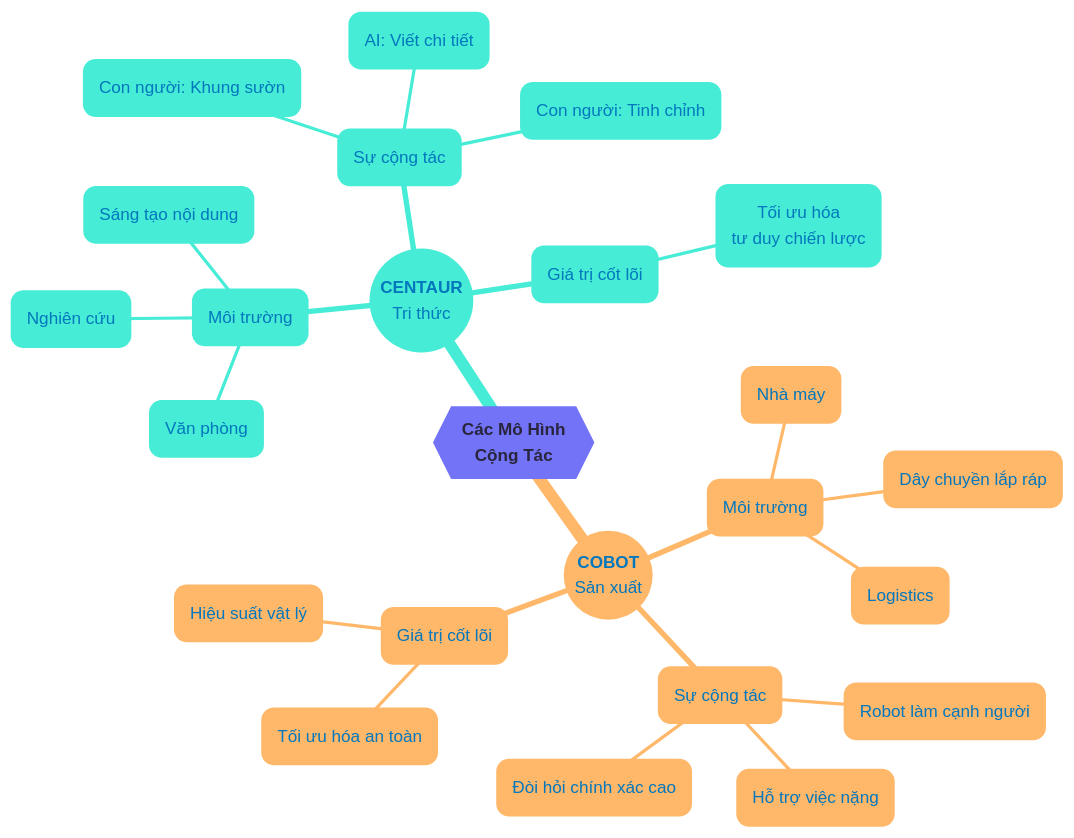
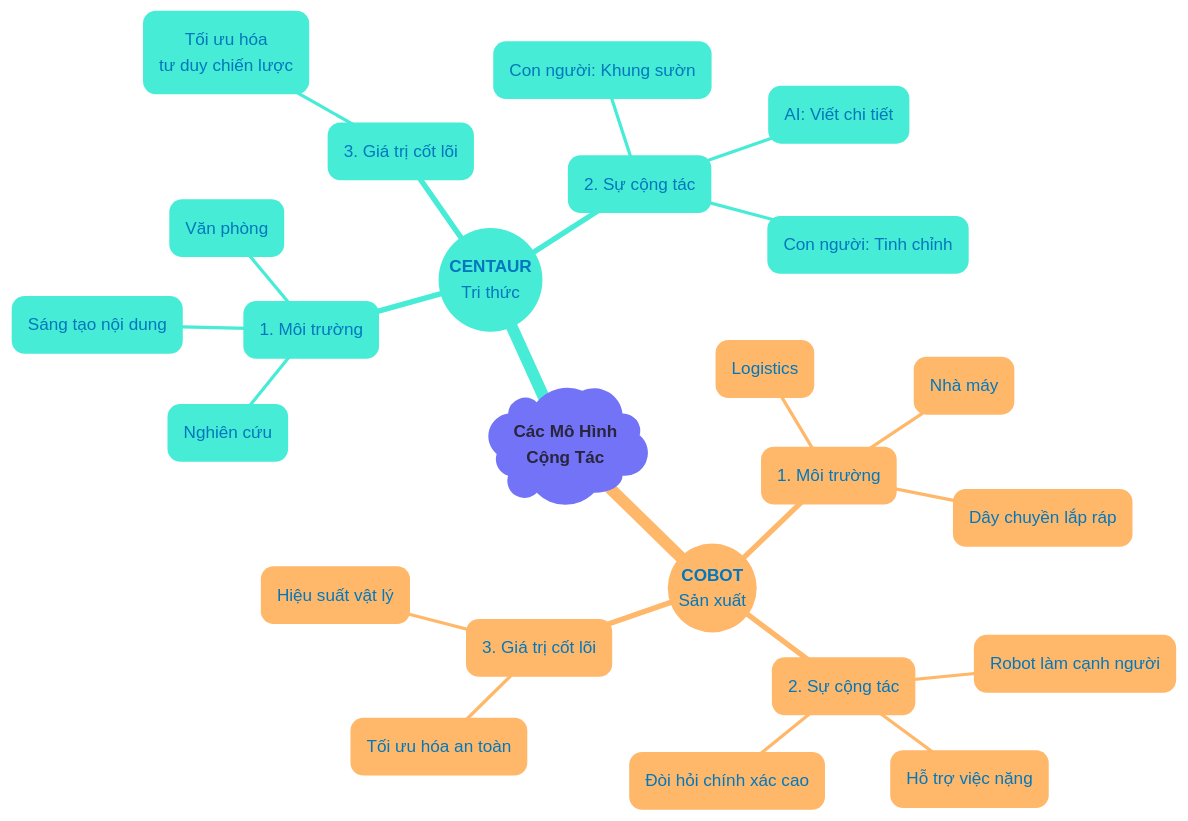
Before and after one commit to sam-uit/typst-report-template: the diagram in content/diagrams/cacmohinhcongtac-mm.mmd, drawn with Mermaid.

```diff
--- a/content/diagrams/cacmohinhcongtac-mm.mmd
+++ b/content/diagrams/cacmohinhcongtac-mm.mmd
@@ -1,36 +1,36 @@
 ---
 config:
   theme: redux-color
   themeVariables:
     primaryColor: '#e1f5fe'
     primaryTextColor: '#0277bd'
     primaryBorderColor: '#0288d1'
     lineColor: '#0288d1'
-    fontFamily: 'Google Sans'
+    fontFamily: Google Sans
     fontSize: 16px
 ---
 mindmap
-{{**Các Mô Hình<br>Cộng Tác**}}
+)**Các Mô Hình<br>Cộng Tác**(
   ((**CENTAUR**<br>Tri thức))
-    (Môi trường)
+    (1. Môi trường)
       Văn phòng
       Nghiên cứu
       Sáng tạo nội dung
-    (Sự cộng tác)
+    (2. Sự cộng tác)
       Con người: Khung sườn
       AI: Viết chi tiết
       Con người: Tinh chỉnh
-    (Giá trị cốt lõi)
+    (3. Giá trị cốt lõi)
       Tối ưu hóa<br>tư duy chiến lược
   ((**COBOT**<br>Sản xuất))
-    (Môi trường)
+    (1. Môi trường)
       Nhà máy
       Dây chuyền lắp ráp
       Logistics
-    (Sự cộng tác)
+    (2. Sự cộng tác)
       Robot làm cạnh người
       Hỗ trợ việc nặng
       Đòi hỏi chính xác cao
-    (Giá trị cốt lõi)
+    (3. Giá trị cốt lõi)
       Tối ưu hóa an toàn
       Hiệu suất vật lý
```
